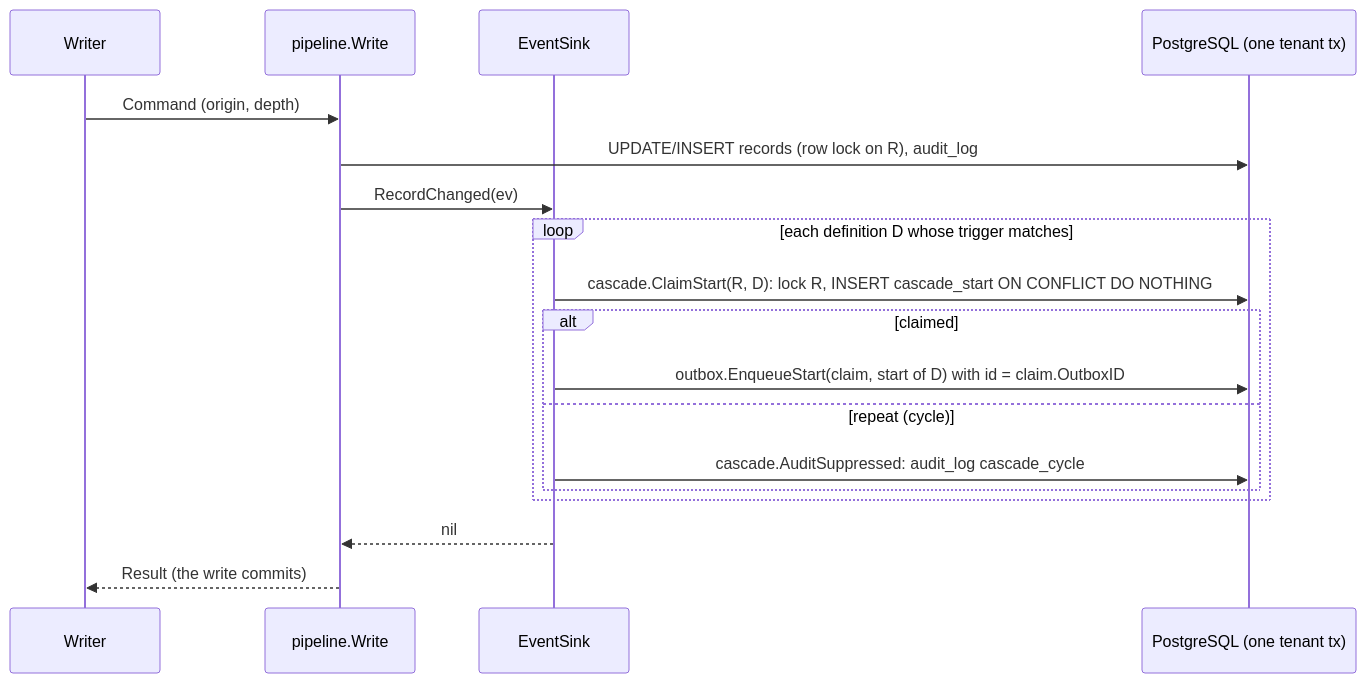
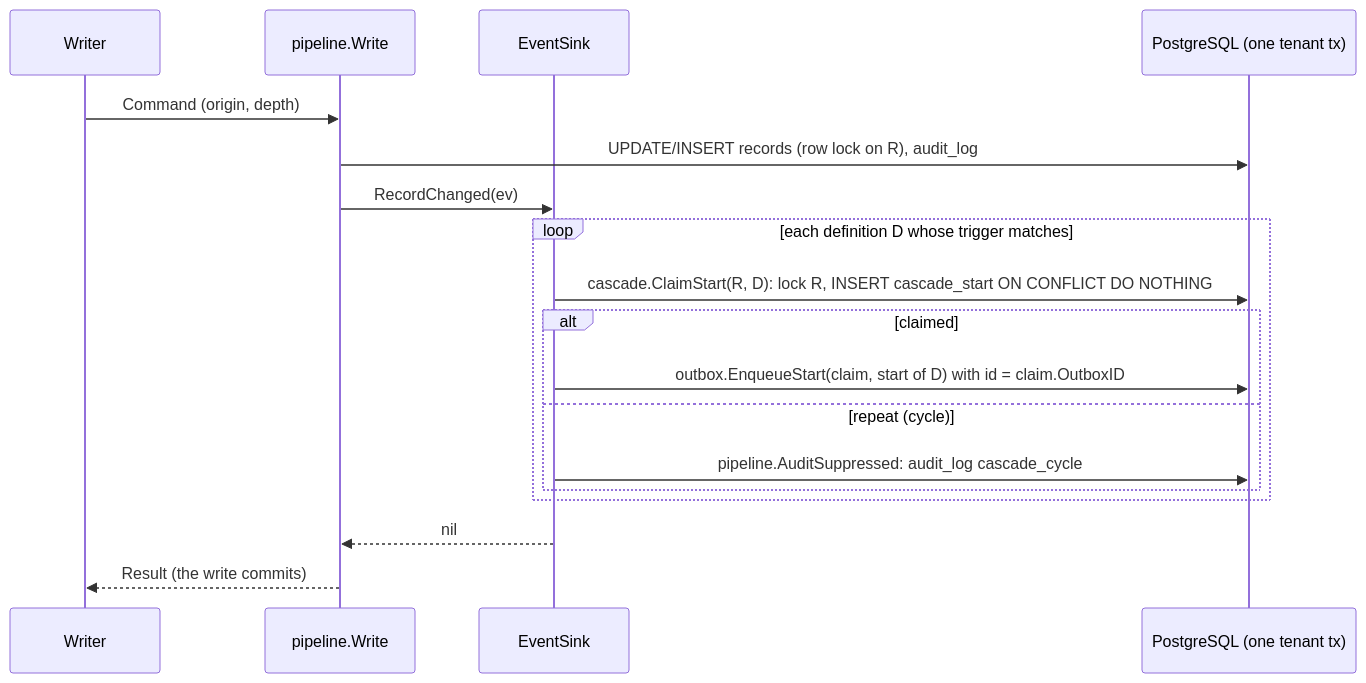
Before and after one commit to Navaladi2019/TicketingSystem: the diagram in docs/data/cascade-start.md, drawn with Mermaid. The commit also changed other lines of this file and 4 other files, not shown here.

````diff
--- a/docs/data/cascade-start.md
+++ b/docs/data/cascade-start.md
@@ -24,20 +24,20 @@
 ```mermaid
 sequenceDiagram
     participant W as Writer
     participant P as pipeline.Write
     participant S as EventSink
     participant DB as PostgreSQL (one tenant tx)
     W->>P: Command (origin, depth)
     P->>DB: UPDATE/INSERT records (row lock on R), audit_log
     P->>S: RecordChanged(ev)
     loop each definition D whose trigger matches
         S->>DB: cascade.ClaimStart(R, D): lock R, INSERT cascade_start ON CONFLICT DO NOTHING
         alt claimed
             S->>DB: outbox.EnqueueStart(claim, start of D) with id = claim.OutboxID
         else repeat (cycle)
-            S->>DB: cascade.AuditSuppressed: audit_log cascade_cycle
+            S->>DB: pipeline.AuditSuppressed: audit_log cascade_cycle
         end
     end
     S-->>P: nil
     P-->>W: Result (the write commits)
 ```
````
